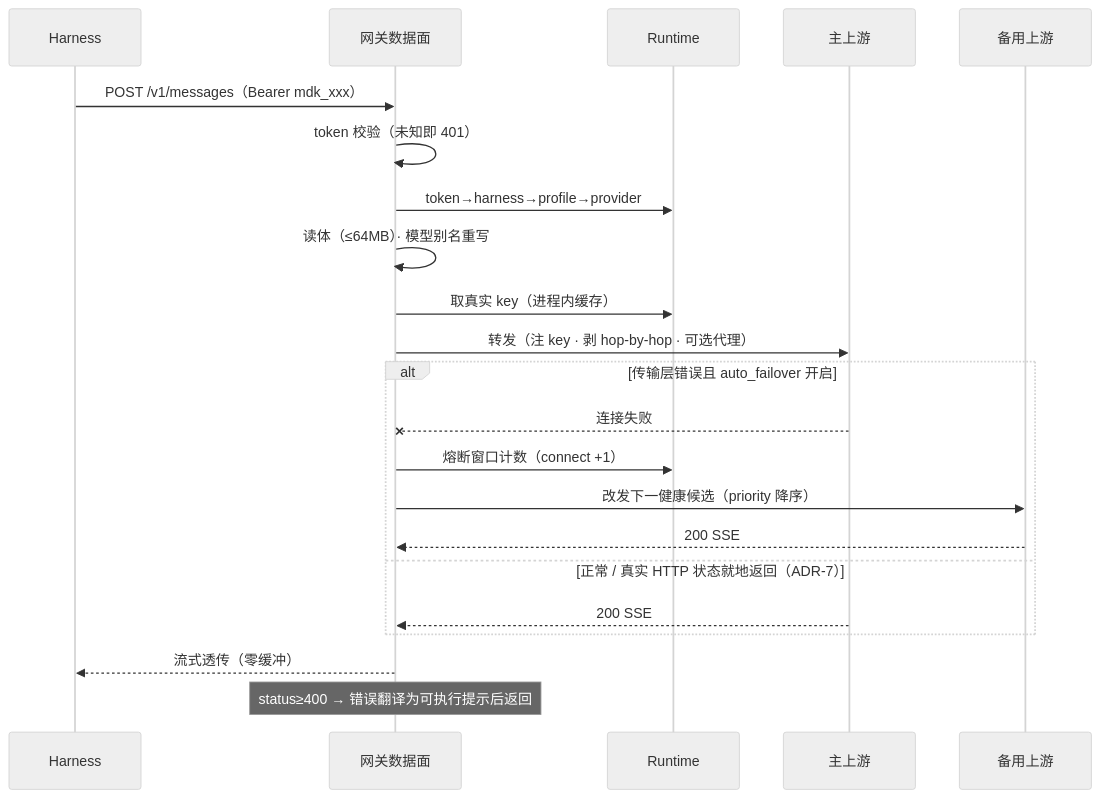
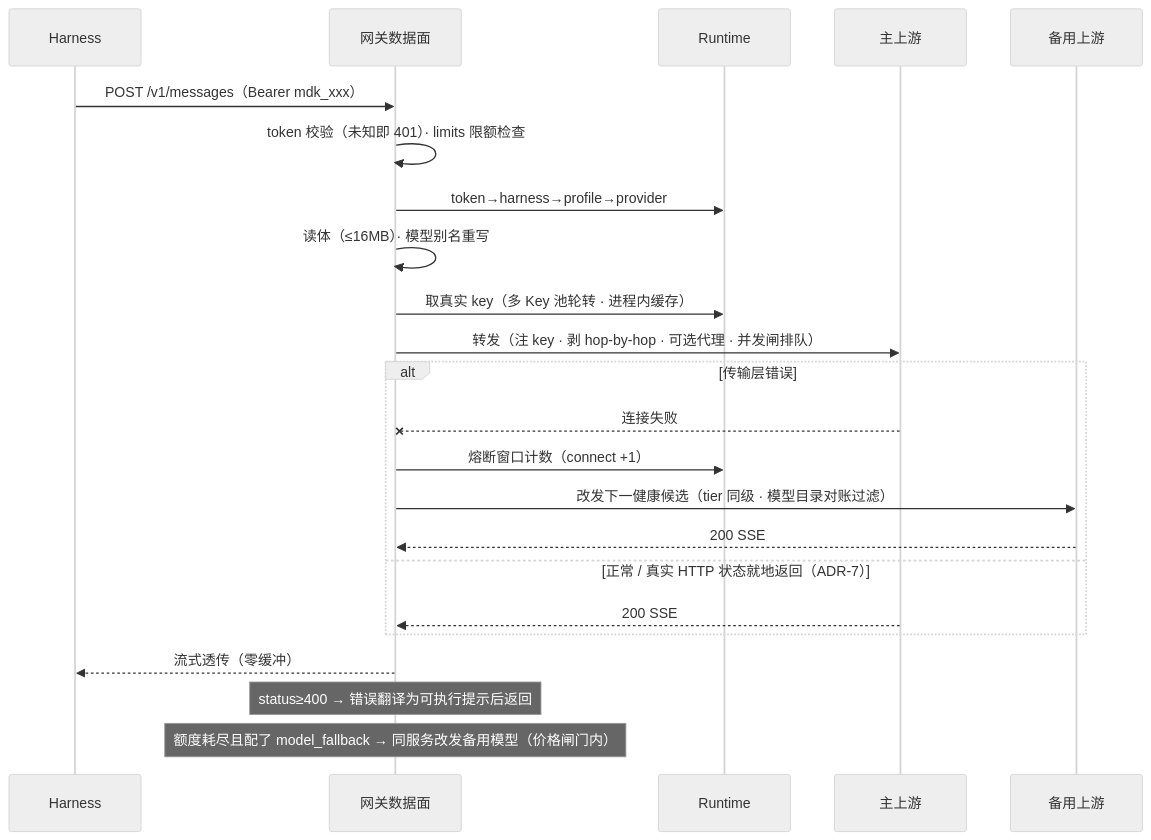
The second of 4 diagrams in docs/design.md (ObsidianTrine/model_dock), drawn with Mermaid (neutral theme) before and after one commit. The commit also changed other lines of this file, not shown here.

````diff
--- a/docs/design.md
+++ b/docs/design.md
@@ -461,24 +509,25 @@
 ```mermaid
 sequenceDiagram
     participant H as Harness
     participant G as 网关数据面
     participant R as Runtime
     participant U as 主上游
     participant F as 备用上游
     H->>G: POST /v1/messages（Bearer mdk_xxx）
-    G->>G: token 校验（未知即 401）
+    G->>G: token 校验（未知即 401）· limits 限额检查
     G->>R: token→harness→profile→provider
-    G->>G: 读体（≤64MB）· 模型别名重写
-    G->>R: 取真实 key（进程内缓存）
-    G->>U: 转发（注 key · 剥 hop-by-hop · 可选代理）
-    alt 传输层错误且 auto_failover 开启
+    G->>G: 读体（≤16MB）· 模型别名重写
+    G->>R: 取真实 key（多 Key 池轮转 · 进程内缓存）
+    G->>U: 转发（注 key · 剥 hop-by-hop · 可选代理 · 并发闸排队）
+    alt 传输层错误
         U--xG: 连接失败
         G->>R: 熔断窗口计数（connect +1）
-        G->>F: 改发下一健康候选（priority 降序）
+        G->>F: 改发下一健康候选（tier 同级 · 模型目录对账过滤）
         F-->>G: 200 SSE
     else 正常 / 真实 HTTP 状态就地返回（ADR-7）
         U-->>G: 200 SSE
     end
     G-->>H: 流式透传（零缓冲）
     Note over G: status≥400 → 错误翻译为可执行提示后返回
+    Note over G: 额度耗尽且配了 model_fallback → 同服务改发备用模型（价格闸门内）
 ```
````
